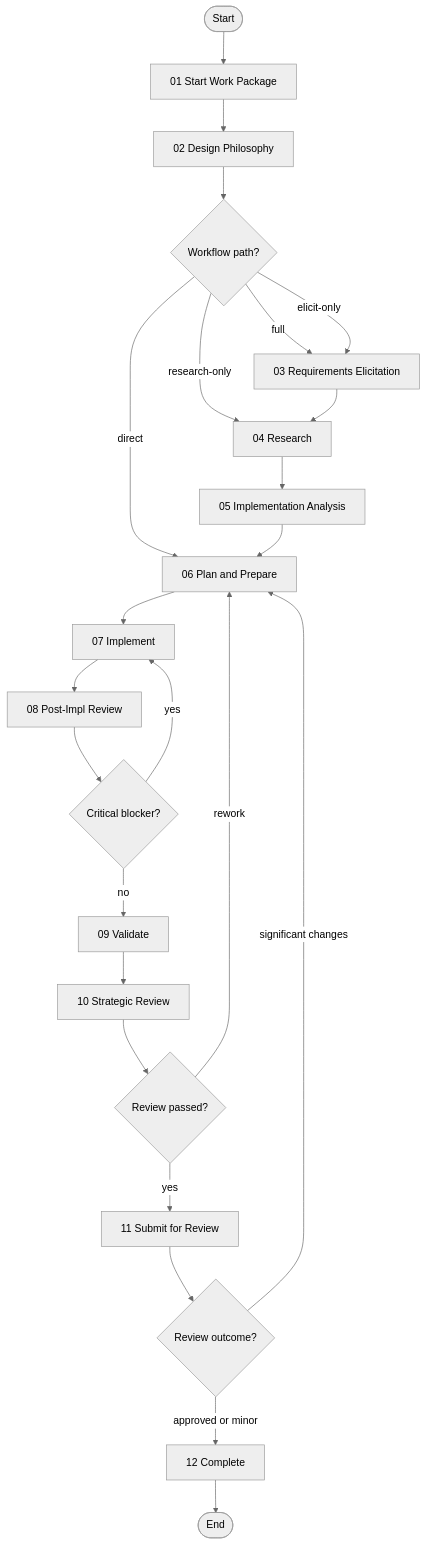
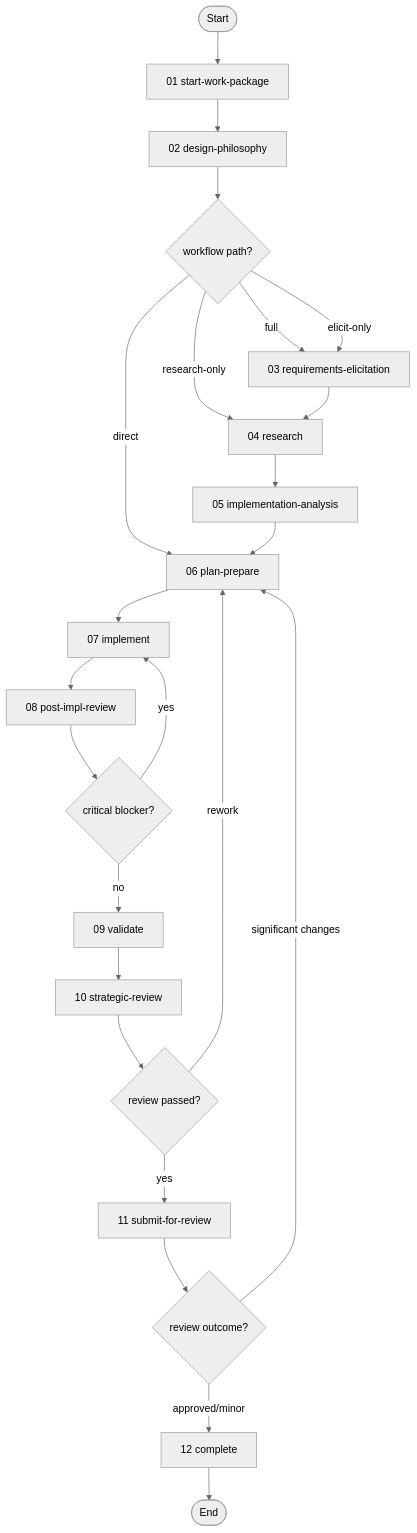
The first of 2 diagrams in work-package/README.md (m2ux/workflow-server), drawn with Mermaid (neutral theme) before and after one commit. The commit also changed other lines of this file and 3 other files, not shown here.

````diff
--- a/work-package/README.md
+++ b/work-package/README.md
@@ -63,33 +78,33 @@
 ```mermaid
 graph TD
-    startNode(["Start"]) --> swp["01 Start Work Package"]
-    swp --> dp["02 Design Philosophy"]
+    startNode(["Start"]) --> SWP["01 start-work-package"]
+    SWP --> DP["02 design-philosophy"]
 
-    dp --> pathDecision{"Workflow path?"}
-    pathDecision -->|"full"| rel["03 Requirements Elicitation"]
-    pathDecision -->|"elicit-only"| rel
-    pathDecision -->|"research-only"| rs["04 Research"]
-    pathDecision -->|"direct"| pp["06 Plan and Prepare"]
+    DP --> PATH{"workflow path?"}
+    PATH -->|"full"| REL["03 requirements-elicitation"]
+    PATH -->|"elicit-only"| REL
+    PATH -->|"research-only"| RS
+    PATH -->|"direct"| PP
 
-    rel --> rs
-    rs --> ia["05 Implementation Analysis"]
-    ia --> pp
+    REL --> RS["04 research"]
+    RS --> IA["05 implementation-analysis"]
+    IA --> PP["06 plan-prepare"]
 
-    pp --> imp["07 Implement"]
-    imp --> pir["08 Post-Impl Review"]
-    pir --> blockerGate{"Critical blocker?"}
-    blockerGate -->|"yes"| imp
-    blockerGate -->|"no"| val["09 Validate"]
+    PP --> IMP["07 implement"]
+    IMP --> PIR["08 post-impl-review"]
+    PIR --> BLK{"critical blocker?"}
+    BLK -->|"yes"| IMP
+    BLK -->|"no"| VAL["09 validate"]
 
-    val --> sr["10 Strategic Review"]
+    VAL --> SR["10 strategic-review"]
 
-    sr --> srDecision{"Review passed?"}
-    srDecision -->|"yes"| sfr["11 Submit for Review"]
-    srDecision -->|"rework"| pp
+    SR --> SRD{"review passed?"}
+    SRD -->|"yes"| SFR["11 submit-for-review"]
+    SRD -->|"rework"| PP
 
-    sfr --> rvDecision{"Review outcome?"}
-    rvDecision -->|"approved or minor"| comp["12 Complete"]
-    rvDecision -->|"significant changes"| pp
+    SFR --> RVD{"review outcome?"}
+    RVD -->|"approved/minor"| COMP["12 complete"]
+    RVD -->|"significant changes"| PP
 
-    comp --> doneNode(["End"])
+    COMP --> doneNode(["End"])
 ```
````
